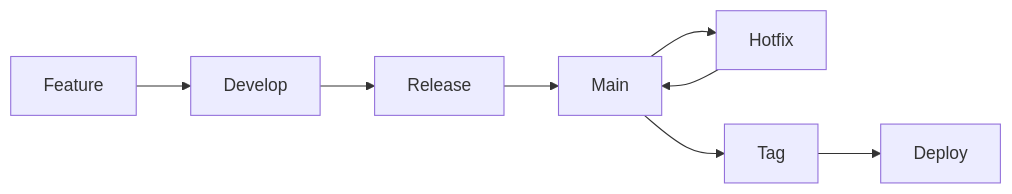
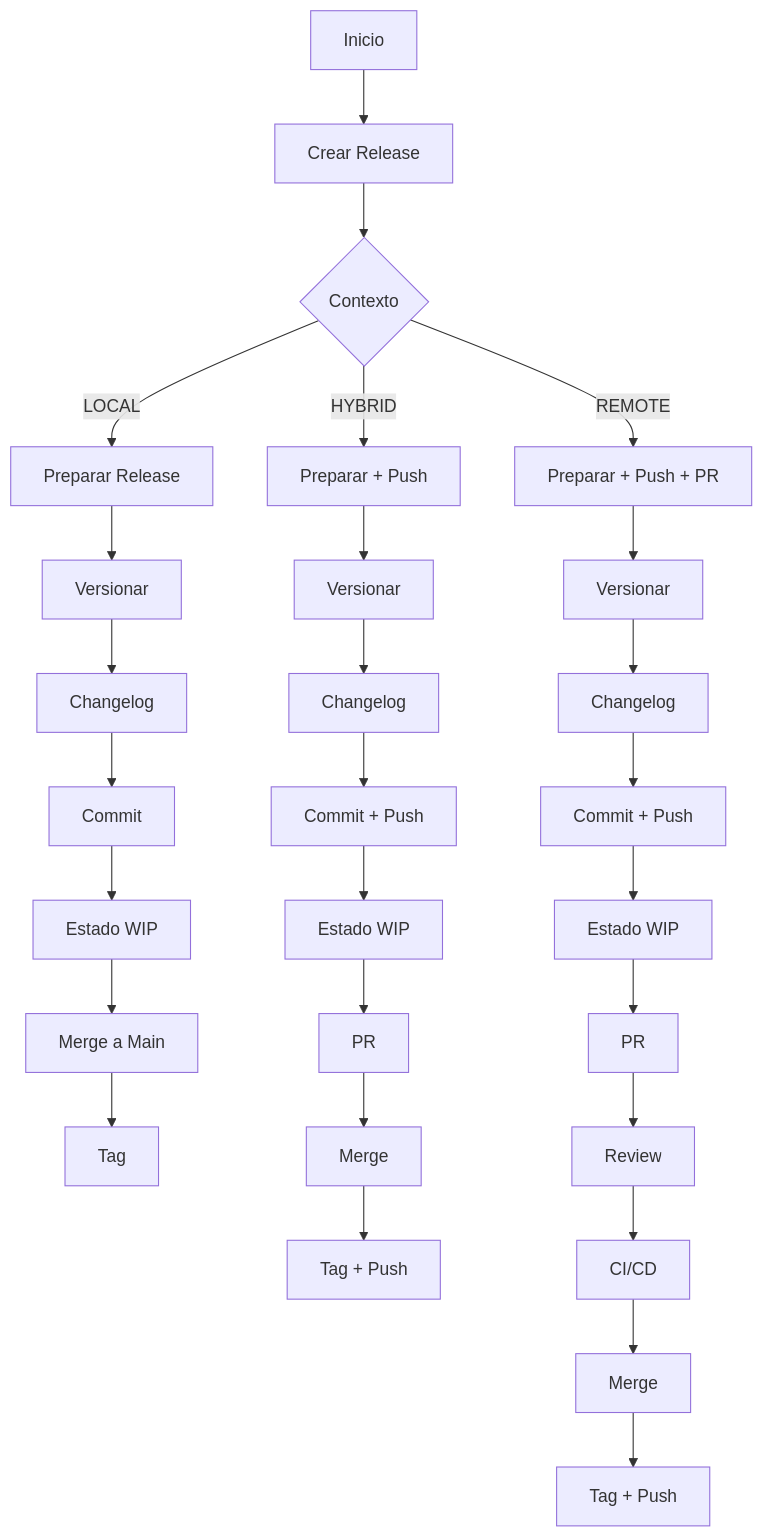
The sixth of 6 diagrams in docs/manual-git-branch-tools.md (maurorosero/bintools), drawn with Mermaid before and after one commit. The commit also changed other lines of this file, not shown here.

````diff
--- a/docs/manual-git-branch-tools.md
+++ b/docs/manual-git-branch-tools.md
@@ -425,10 +1006,33 @@
 ```mermaid
-graph LR
-    A[Feature] --> B[Develop]
-    B --> C[Release]
-    C --> D[Main]
-    D --> E[Hotfix]
-    E --> D
-    D --> F[Tag]
-    F --> G[Deploy]
+graph TD
+    A[Inicio] --> B[Crear Release]
+    B --> C{Contexto}
+    C -->|LOCAL| D[Preparar Release]
+    C -->|HYBRID| E[Preparar + Push]
+    C -->|REMOTE| F[Preparar + Push + PR]
+
+    D --> G[Versionar]
+    G --> H[Changelog]
+    H --> I[Commit]
+    I --> J[Estado WIP]
+    J --> K[Merge a Main]
+    K --> L[Tag]
+
+    E --> M[Versionar]
+    M --> N[Changelog]
+    N --> O[Commit + Push]
+    O --> P[Estado WIP]
+    P --> Q[PR]
+    Q --> R[Merge]
+    R --> S[Tag + Push]
+
+    F --> T[Versionar]
+    T --> U[Changelog]
+    U --> V[Commit + Push]
+    V --> W[Estado WIP]
+    W --> X[PR]
+    X --> Y[Review]
+    Y --> Z[CI/CD]
+    Z --> AA[Merge]
+    AA --> AB[Tag + Push]
 ```
````
